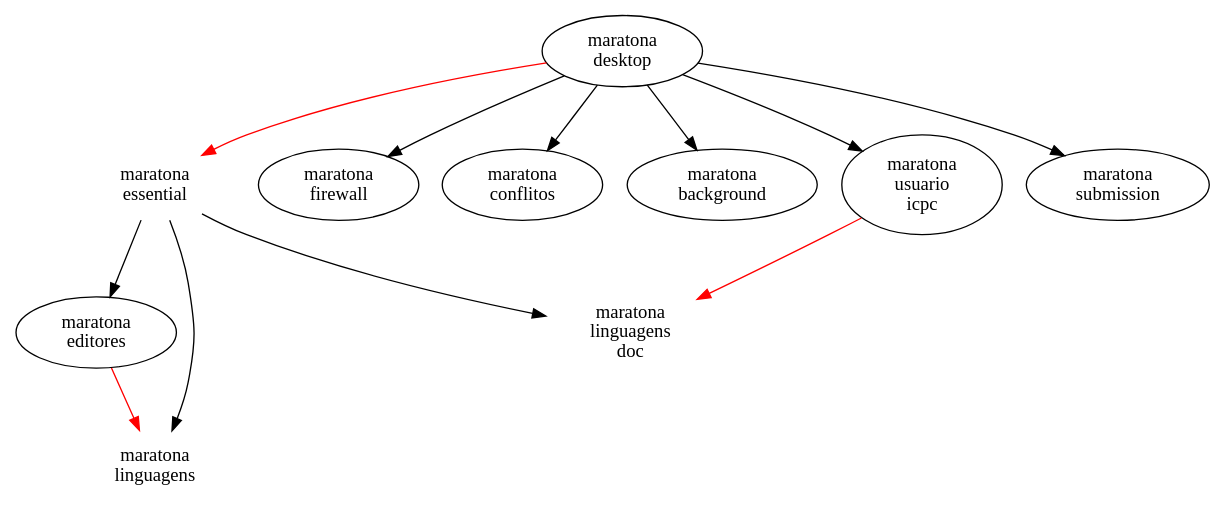
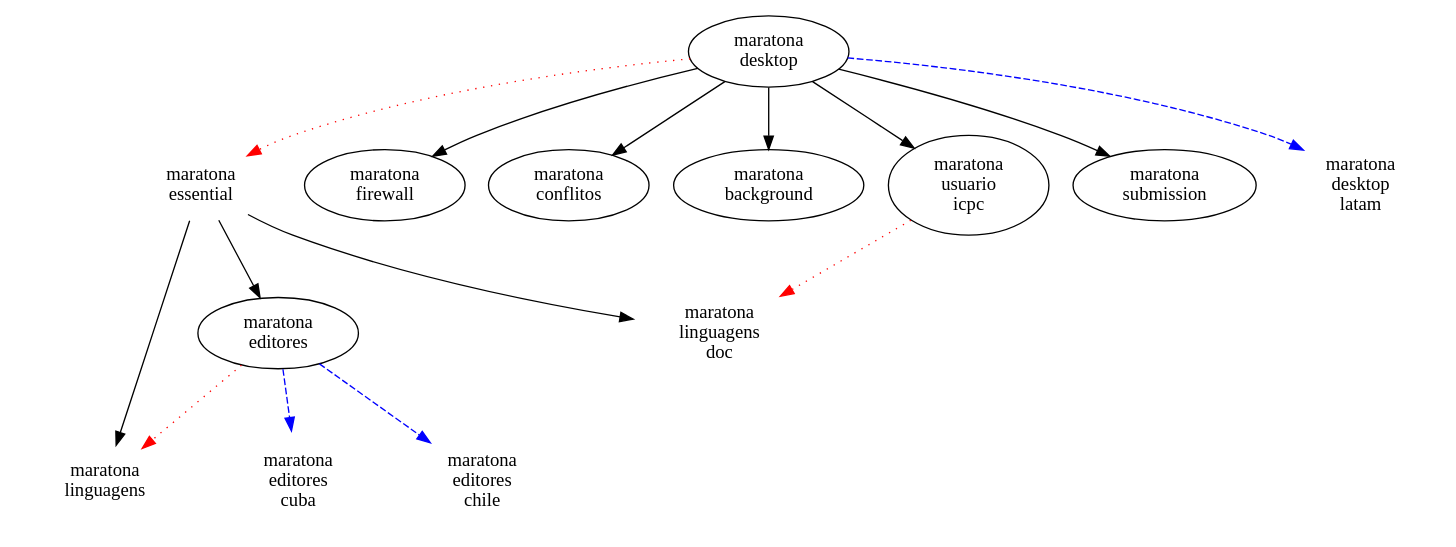
The diagram in Digraph.gv (wallberg13/CP-UTFPR), drawn with Graphviz before and after one commit. The commit also changed 844 other files, not shown here.

```diff
--- a/Digraph.gv
+++ b/Digraph.gv
@@ -1,36 +1,48 @@
 // Grafo de dependências Maratona-Linux
 digraph {
 	MD [label="maratona
 desktop"]
 	ME [label="maratona
-essential" color="red:black"]
+essential" color="red:black" style=dotted]
 	MF [label="maratona
 firewall"]
 	MC [label="maratona
 conflitos"]
 	MB [label="maratona
 background"]
 	MU [label="maratona
 usuario
 icpc"]
 	MS [label="maratona
 submission"]
 	MEd [label="maratona
 editores"]
 	ML [label="maratona
-linguagens" color="red:black"]
+linguagens" color="red:black" style=dotted]
 	MLd [label="maratona
 linguagens
-doc" color="red:black"]
-	MD -> MF
-	MD -> MC
-	MD -> MB
-	MD -> MU
-	MD -> MS
-	ME -> MEd
-	ME -> ML
-	ME -> MLd
-	MD -> ME [color=red]
-	MEd -> ML [color=red]
-	MU -> MLd [color=red]
+doc" color="red:black" style=dotted]
+	MDl [label="maratona
+desktop
+latam" color="blue:black" style=dashed]
+	MECu [label="maratona
+editores
+cuba" color="blue:black" style=dashed]
+	MECh [label="maratona
+editores
+chile" color="blue:black" style=dashed]
+		MD -> MF
+		MD -> MC
+		MD -> MB
+		MD -> MU
+		MD -> MS
+		ME -> MEd
+		ME -> ML
+		ME -> MLd
+		MD -> ME [color=red style=dotted]
+		MEd -> ML [color=red style=dotted]
+		MU -> MLd [color=red style=dotted]
+		MD -> MDl [color=blue style=dashed]
+		MEd -> MECu [color=blue style=dashed]
+		MEd -> MECh [color=blue style=dashed]
 }
```
